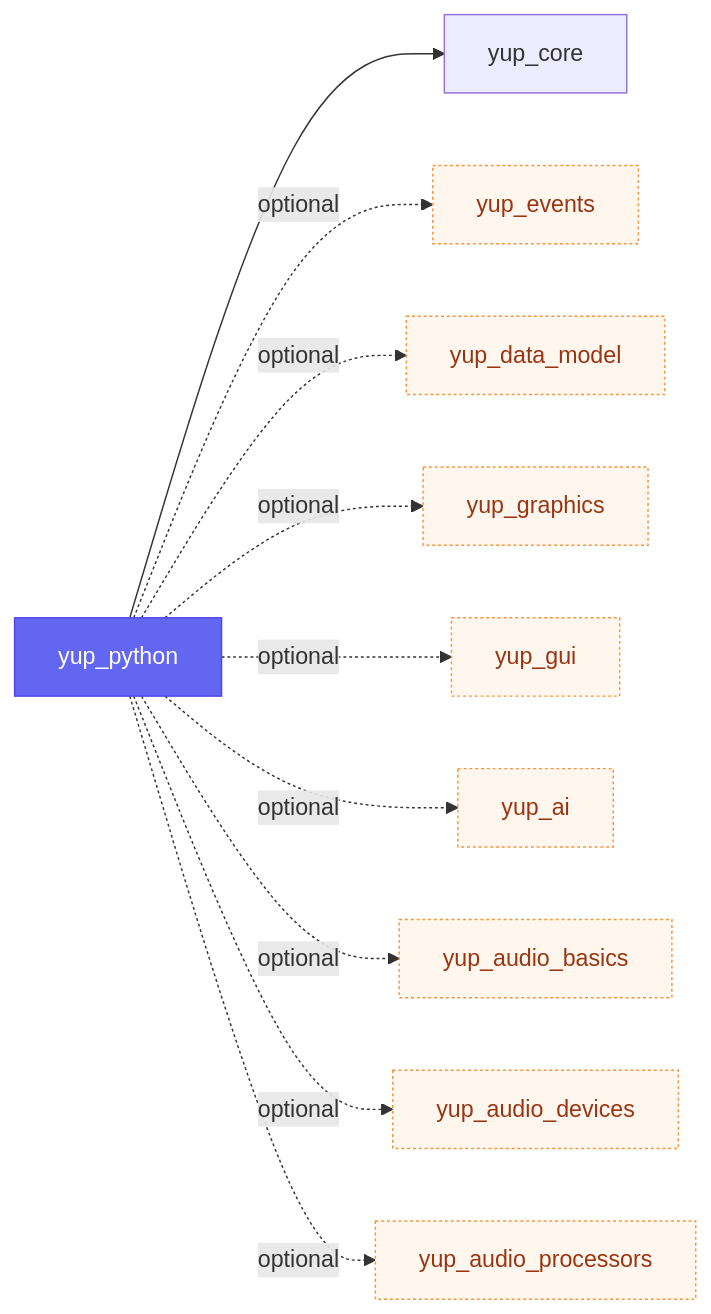
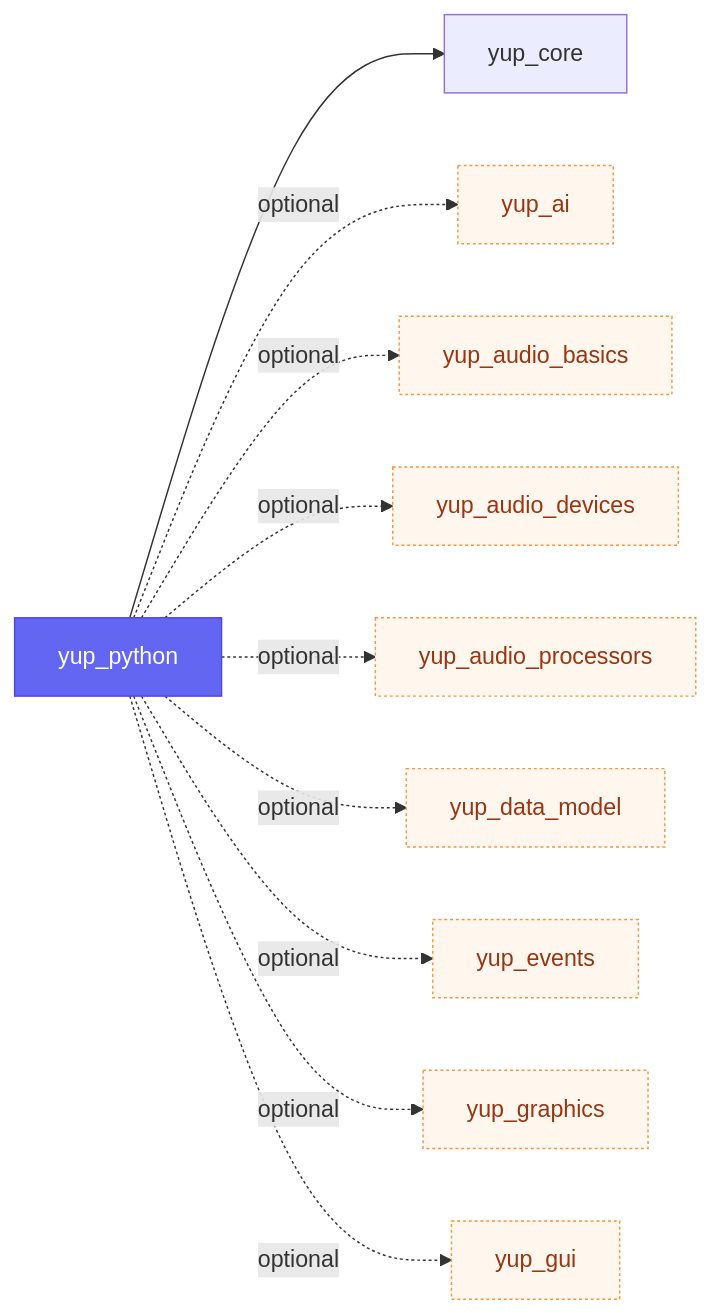
Before and after one commit to kunitoki/yup: diagram 19 of 20 in docs/modules.md, drawn with Mermaid. The commit also changed other lines of this file and 2 other files, not shown here.

````diff
--- a/docs/modules.md
+++ b/docs/modules.md
@@ -364,15 +364,15 @@
 ```mermaid
 flowchart LR
     yup_python:::self --> yup_core
-    yup_python -. optional .-> yup_events:::opt
-    yup_python -. optional .-> yup_data_model:::opt
-    yup_python -. optional .-> yup_graphics:::opt
-    yup_python -. optional .-> yup_gui:::opt
     yup_python -. optional .-> yup_ai:::opt
     yup_python -. optional .-> yup_audio_basics:::opt
     yup_python -. optional .-> yup_audio_devices:::opt
     yup_python -. optional .-> yup_audio_processors:::opt
+    yup_python -. optional .-> yup_data_model:::opt
+    yup_python -. optional .-> yup_events:::opt
+    yup_python -. optional .-> yup_graphics:::opt
+    yup_python -. optional .-> yup_gui:::opt
     classDef self fill:#6366f1,color:#fff,stroke:#4f46e5;
     classDef ext fill:#f3f4f6,color:#374151,stroke:#9ca3af,stroke-dasharray:4 3;
     classDef opt fill:#fff7ed,color:#9a3412,stroke:#fb923c,stroke-dasharray:2 2;
 ```
````
